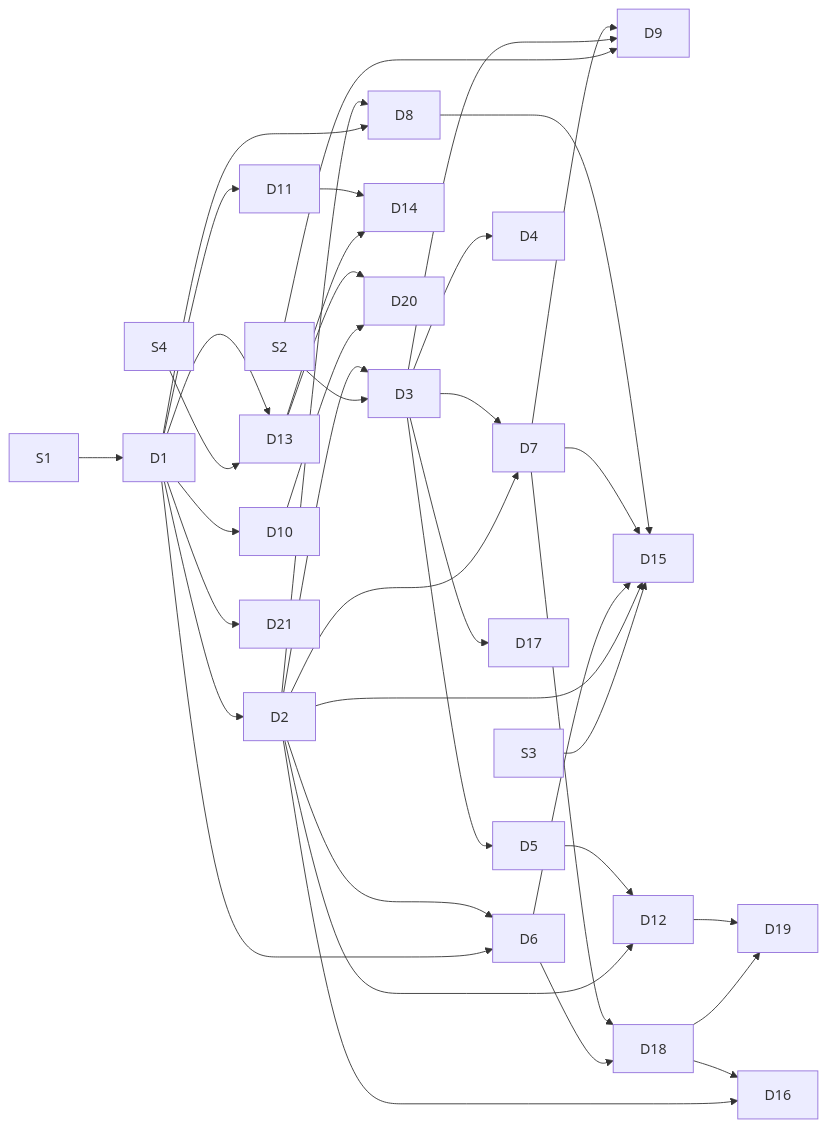
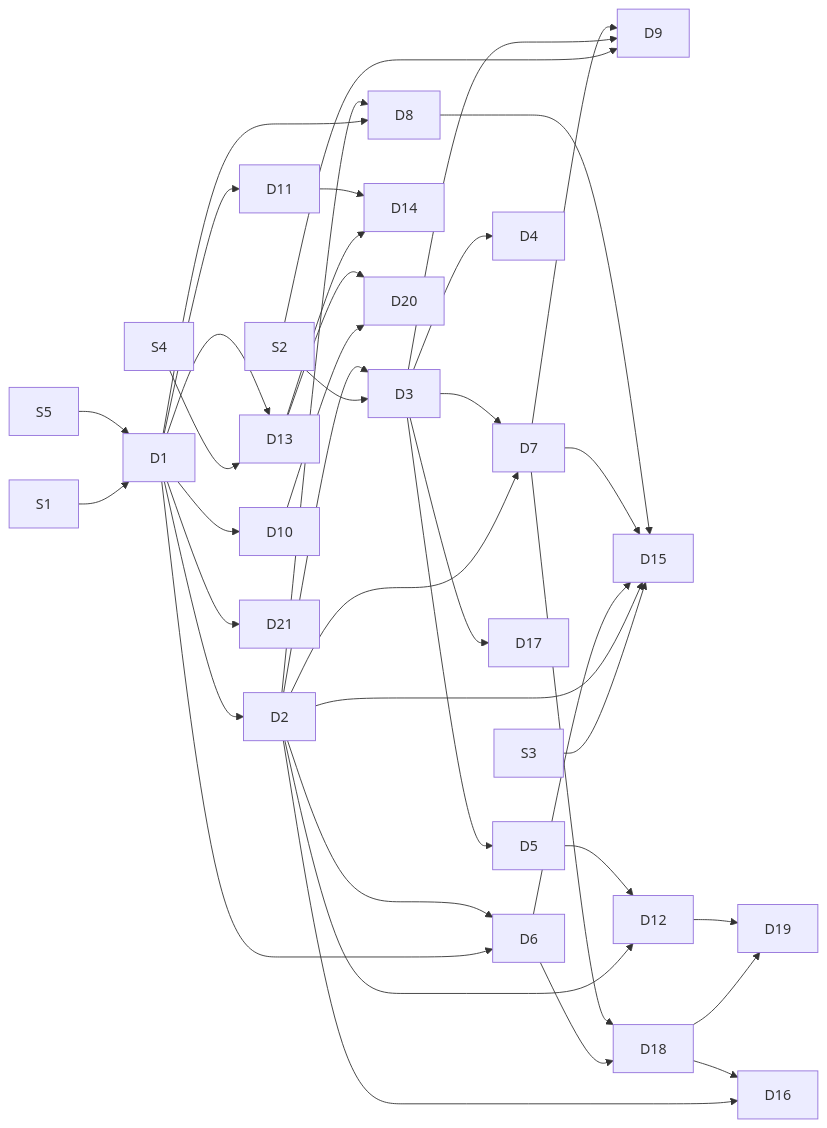
The diagram in specs/design/ui-redesign/plan.md (orest-d/liquers), drawn with Mermaid before and after one commit. The commit also changed other lines of this file and 2 other files, not shown here.

````diff
--- a/specs/design/ui-redesign/plan.md
+++ b/specs/design/ui-redesign/plan.md
@@ -95,15 +128,15 @@
 ```mermaid
 graph LR
-  S1 --> D1; S2 --> D3; S2 --> D9; S3 --> D15; S4 --> D13
+  S1 --> D1; S5 --> D1; S2 --> D3; S2 --> D9; S3 --> D15; S4 --> D13
   D1 --> D2 --> D3
   D1 --> D6; D1 --> D8; D1 --> D10; D1 --> D11; D1 --> D21
   D2 --> D6; D2 --> D7; D2 --> D8; D3 --> D7
   D3 --> D4; D3 --> D5; D3 --> D9; D7 --> D9
   D2 --> D12; D5 --> D12
   D1 --> D13 --> D14; D11 --> D14
   D2 --> D15; D6 --> D15; D7 --> D15; D8 --> D15
   D2 --> D16; D18 --> D16
   D3 --> D17
   D6 --> D18; D7 --> D18; D18 --> D19; D12 --> D19
   D10 --> D20; D13 --> D20
 ```
````
